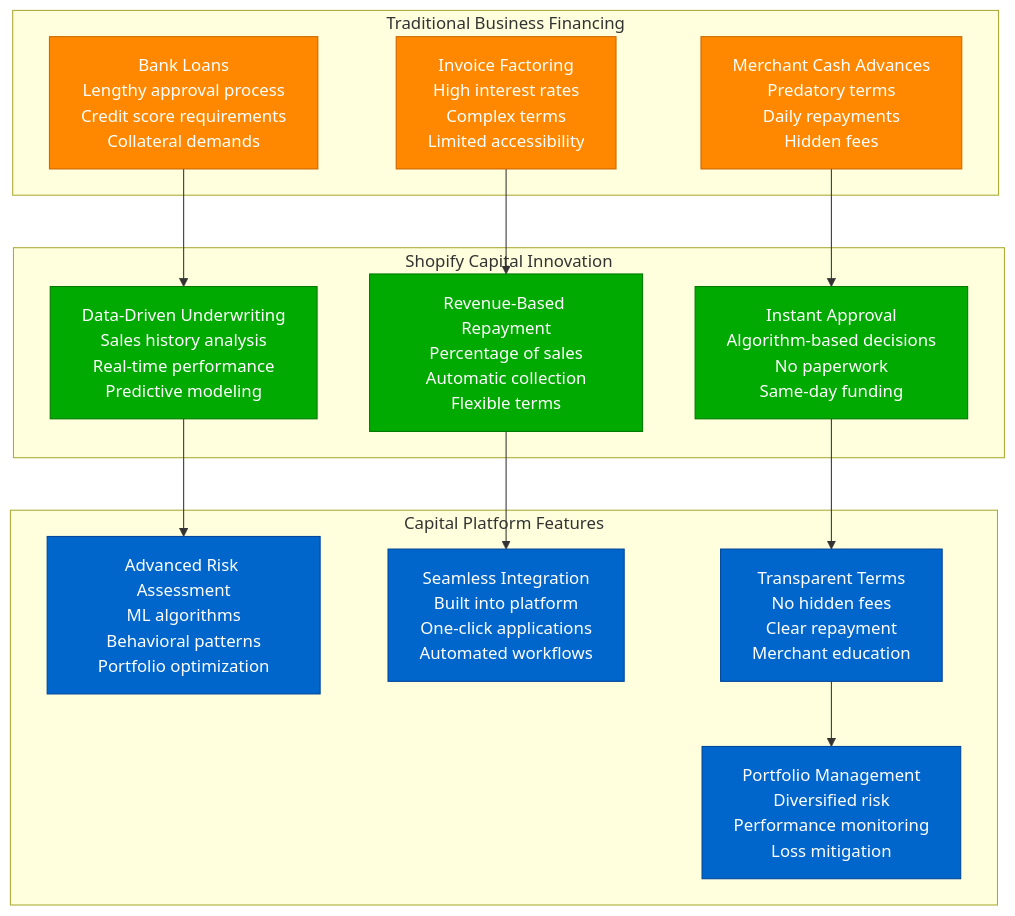
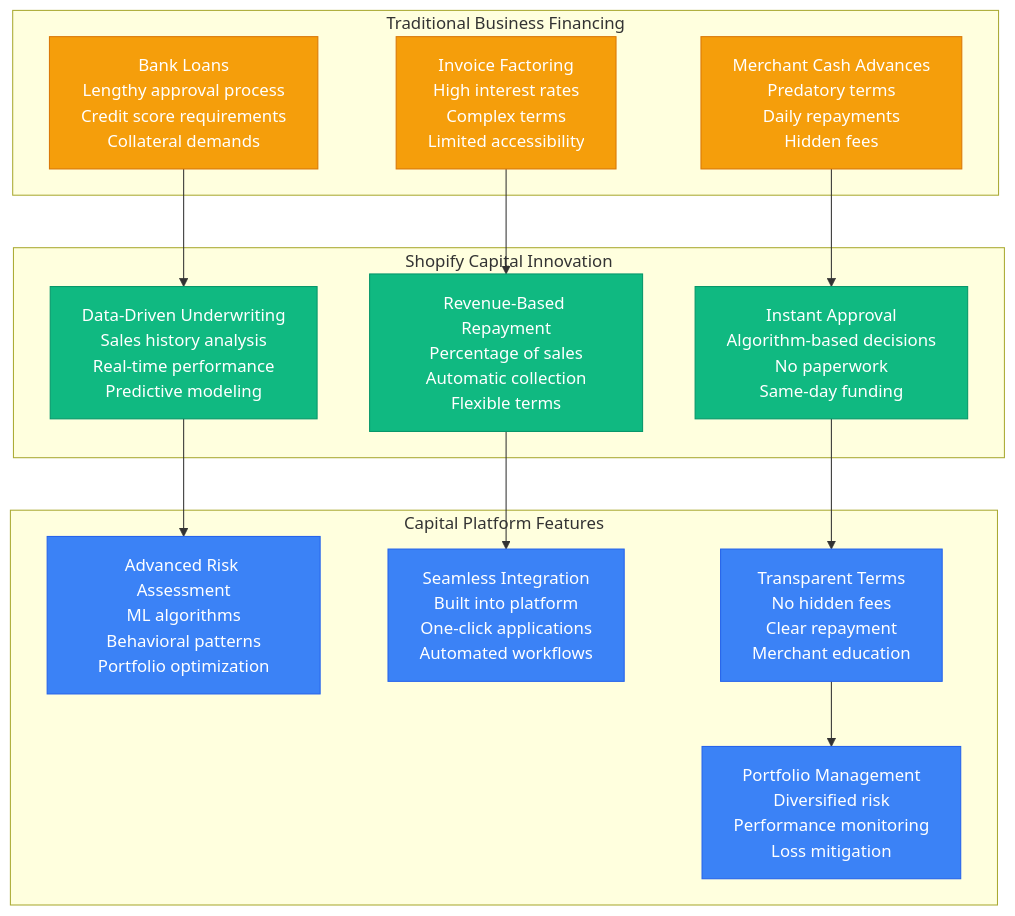
The seventh of 9 diagrams in site/docs/systems/shopify/novel-solutions.md (deepaucksharma/DS), drawn with Mermaid before and after one commit. The commit also changed other lines of this file and 303 other files, not shown here.

````diff
--- a/site/docs/systems/shopify/novel-solutions.md
+++ b/site/docs/systems/shopify/novel-solutions.md
@@ -375,40 +375,40 @@
 ```mermaid
 graph TB
     subgraph "Traditional Business Financing"
         BANK_LOANS[Bank Loans<br/>Lengthy approval process<br/>Credit score requirements<br/>Collateral demands]
         FACTORING[Invoice Factoring<br/>High interest rates<br/>Complex terms<br/>Limited accessibility]
         MERCHANT_ADVANCES[Merchant Cash Advances<br/>Predatory terms<br/>Daily repayments<br/>Hidden fees]
     end
 
     subgraph "Shopify Capital Innovation"
         DATA_DRIVEN[Data-Driven Underwriting<br/>Sales history analysis<br/>Real-time performance<br/>Predictive modeling]
         REVENUE_BASED[Revenue-Based Repayment<br/>Percentage of sales<br/>Automatic collection<br/>Flexible terms]
         INSTANT_APPROVAL[Instant Approval<br/>Algorithm-based decisions<br/>No paperwork<br/>Same-day funding]
     end
 
     %% Financing evolution
     BANK_LOANS --> DATA_DRIVEN
     FACTORING --> REVENUE_BASED
     MERCHANT_ADVANCES --> INSTANT_APPROVAL
 
     subgraph "Capital Platform Features"
         RISK_ASSESSMENT[Advanced Risk Assessment<br/>ML algorithms<br/>Behavioral patterns<br/>Portfolio optimization]
         SEAMLESS_INTEGRATION[Seamless Integration<br/>Built into platform<br/>One-click applications<br/>Automated workflows]
         TRANSPARENT_TERMS[Transparent Terms<br/>No hidden fees<br/>Clear repayment<br/>Merchant education]
         PORTFOLIO_MANAGEMENT[Portfolio Management<br/>Diversified risk<br/>Performance monitoring<br/>Loss mitigation]
     end
 
     DATA_DRIVEN --> RISK_ASSESSMENT
     REVENUE_BASED --> SEAMLESS_INTEGRATION
     INSTANT_APPROVAL --> TRANSPARENT_TERMS
     TRANSPARENT_TERMS --> PORTFOLIO_MANAGEMENT
 
     %% Apply capital colors
-    classDef traditionalStyle fill:#FF8800,stroke:#CC6600,color:#fff
-    classDef innovationStyle fill:#00AA00,stroke:#007700,color:#fff
-    classDef platformStyle fill:#0066CC,stroke:#004499,color:#fff
+    classDef traditionalStyle fill:#F59E0B,stroke:#D97706,color:#fff
+    classDef innovationStyle fill:#10B981,stroke:#059669,color:#fff
+    classDef platformStyle fill:#3B82F6,stroke:#2563EB,color:#fff
 
     class BANK_LOANS,FACTORING,MERCHANT_ADVANCES traditionalStyle
     class DATA_DRIVEN,REVENUE_BASED,INSTANT_APPROVAL innovationStyle
     class RISK_ASSESSMENT,SEAMLESS_INTEGRATION,TRANSPARENT_TERMS,PORTFOLIO_MANAGEMENT platformStyle
 ```
````
